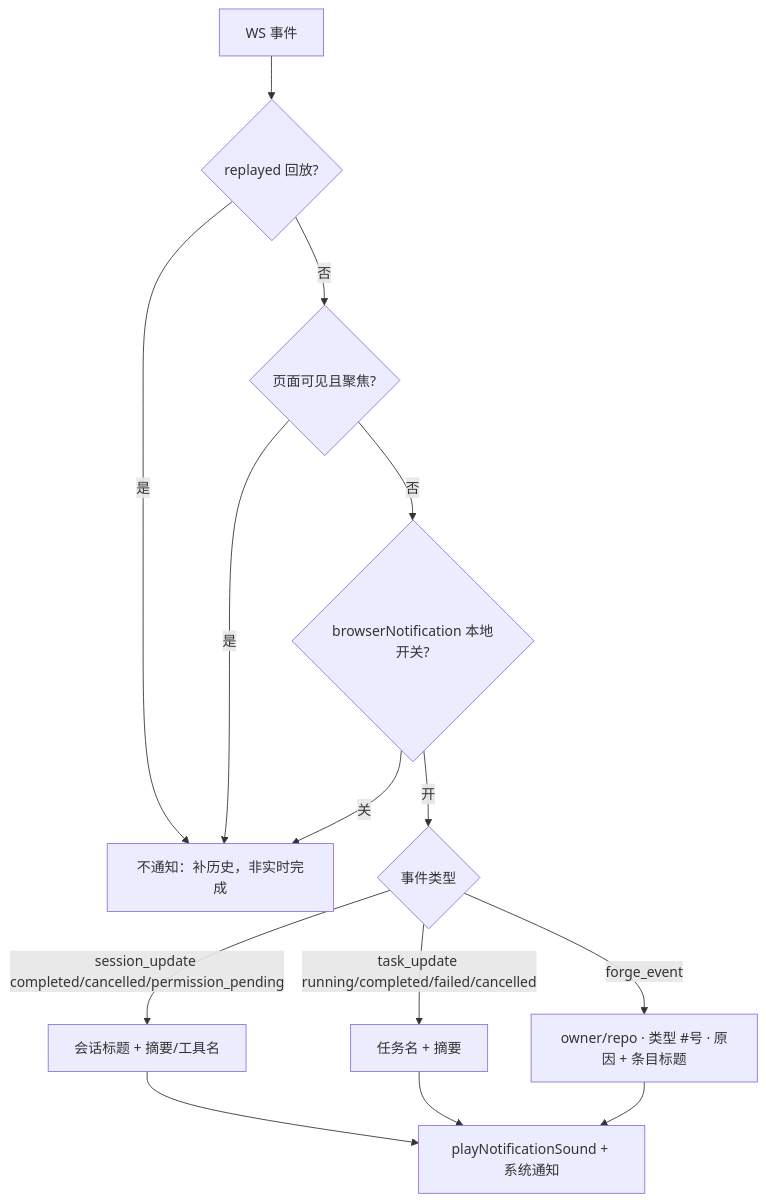
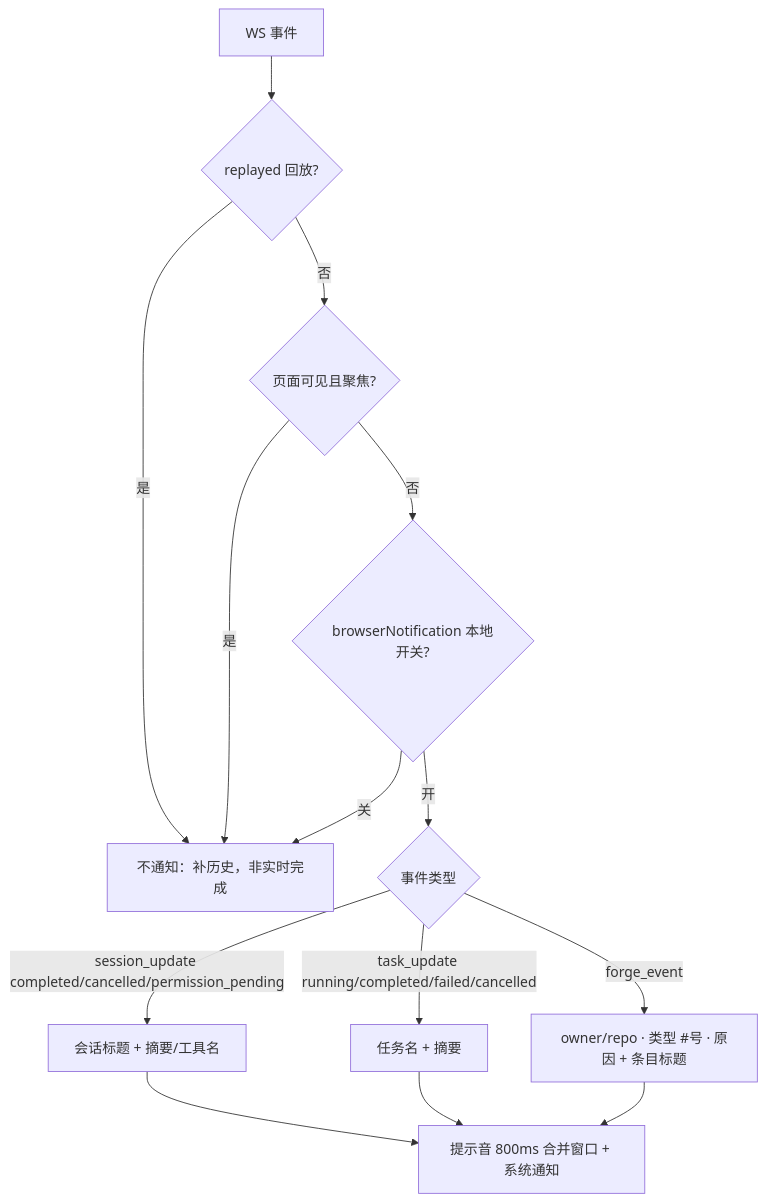
The third of 4 diagrams in docs/spec/features/push-notifications.md (clawbench-dev/clawbench), drawn with Mermaid before and after one commit. The commit also changed other lines of this file and 15 other files, not shown here.

````diff
--- a/docs/spec/features/push-notifications.md
+++ b/docs/spec/features/push-notifications.md
@@ -49,16 +51,16 @@
 ```mermaid
 flowchart TD
     A[WS 事件] --> B{replayed 回放?}
     B -->|是| Z[不通知：补历史，非实时完成]
     B -->|否| C{页面可见且聚焦?}
     C -->|是| Z
     C -->|否| D{browserNotification 本地开关?}
     D -->|关| Z
     D -->|开| E{事件类型}
     E -->|session_update completed/cancelled/permission_pending| F[会话标题 + 摘要/工具名]
     E -->|task_update running/completed/failed/cancelled| G[任务名 + 摘要]
     E -->|forge_event| H[owner/repo · 类型 #号 · 原因 + 条目标题]
-    F --> I[playNotificationSound + 系统通知]
+    F --> I[提示音 800ms 合并窗口 + 系统通知]
     G --> I
     H --> I
 ```
````
